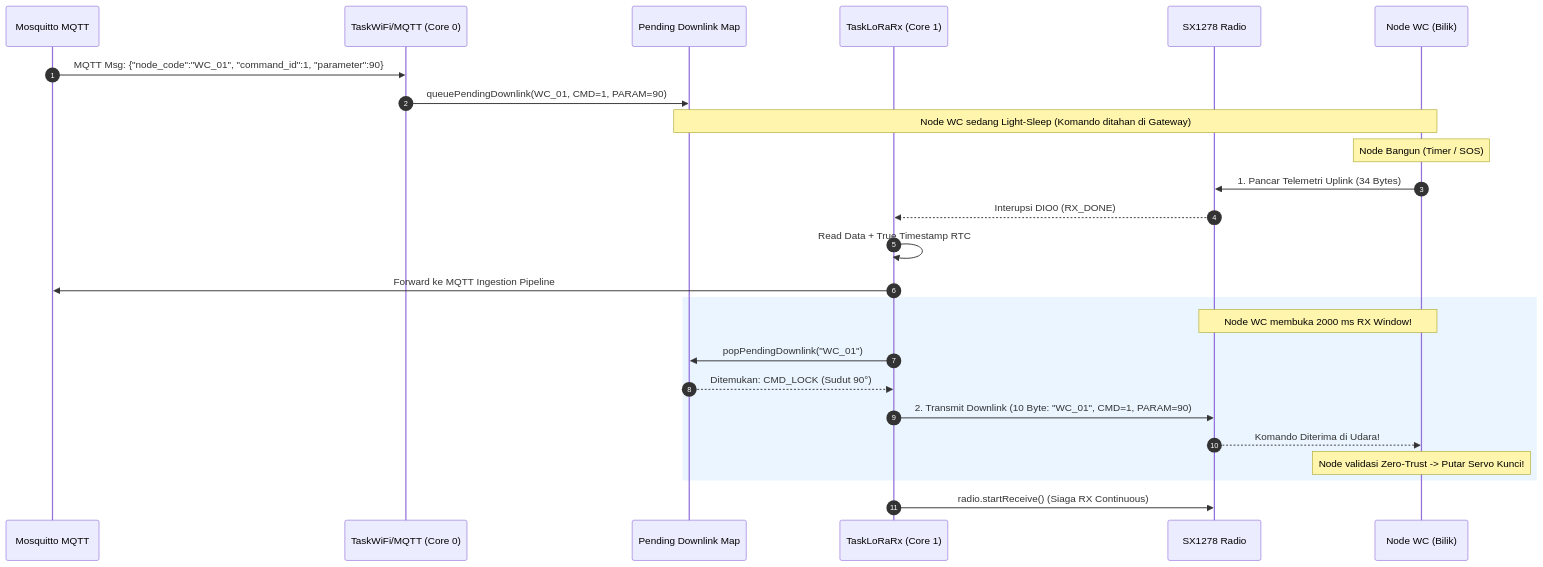
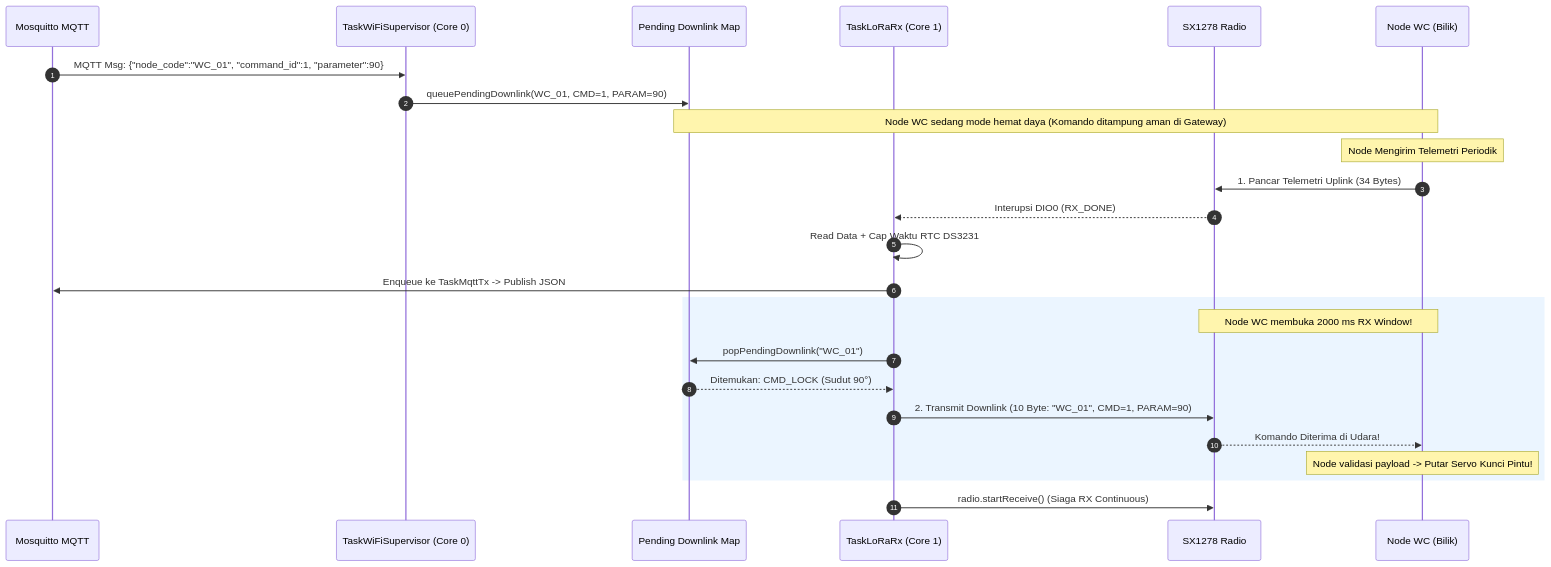
Before and after one commit to DHard4114/DESPRO-4: the third of 4 diagrams in src/firmware/gateway/docs/README.md, drawn with Mermaid. The commit also changed other lines of this file and 9 other files, not shown here.

Commit message:
refactor(firmware): refine node_wc and gateway architectures, standalone tests, and docs

````diff
--- a/src/firmware/gateway/docs/README.md
+++ b/src/firmware/gateway/docs/README.md
@@ -103,30 +108,30 @@
 ```mermaid
 sequenceDiagram
     autonumber
     participant Broker as Mosquitto MQTT
-    participant MqttTask as TaskWiFi/MQTT (Core 0)
+    participant MqttTask as TaskWiFiSupervisor (Core 0)
     participant PendQ as Pending Downlink Map
     participant RxTask as TaskLoRaRx (Core 1)
     participant SX as SX1278 Radio
     participant Node as Node WC (Bilik)
 
     Broker->>MqttTask: MQTT Msg: {"node_code":"WC_01", "command_id":1, "parameter":90}
     MqttTask->>PendQ: queuePendingDownlink(WC_01, CMD=1, PARAM=90)
-    Note over PendQ,Node: Node WC sedang Light-Sleep (Komando ditahan di Gateway)
+    Note over PendQ,Node: Node WC sedang mode hemat daya (Komando ditampung aman di Gateway)
 
-    Note over Node: Node Bangun (Timer / SOS)
+    Note over Node: Node Mengirim Telemetri Periodik
     Node->>SX: 1. Pancar Telemetri Uplink (34 Bytes)
     SX-->>RxTask: Interupsi DIO0 (RX_DONE)
-    RxTask->>RxTask: Read Data + True Timestamp RTC
-    RxTask->>Broker: Forward ke MQTT Ingestion Pipeline
+    RxTask->>RxTask: Read Data + Cap Waktu RTC DS3231
+    RxTask->>Broker: Enqueue ke TaskMqttTx -> Publish JSON
     
     rect rgb(235, 245, 255)
         Note over Node,SX: Node WC membuka 2000 ms RX Window!
         RxTask->>PendQ: popPendingDownlink("WC_01")
         PendQ-->>RxTask: Ditemukan: CMD_LOCK (Sudut 90°)
         RxTask->>SX: 2. Transmit Downlink (10 Byte: "WC_01", CMD=1, PARAM=90)
         SX-->>Node: Komando Diterima di Udara!
-        Note over Node: Node validasi Zero-Trust -> Putar Servo Kunci!
+        Note over Node: Node validasi payload -> Putar Servo Kunci Pintu!
     end
     RxTask->>SX: radio.startReceive() (Siaga RX Continuous)
 ```
````
